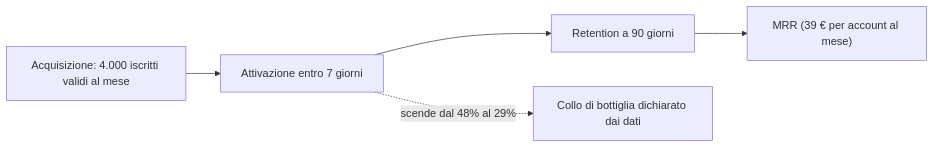
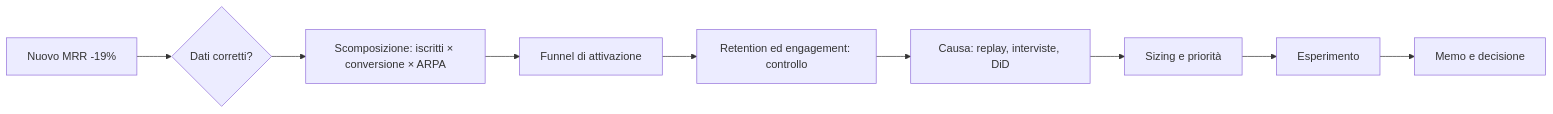
Before and after one commit to AndreyBertasini/gynnitech: the diagram in src/content/corso/analisi-prodotto/caso-studio.mdx, drawn with Mermaid. The commit also changed other lines of this file and 33 other files, not shown here.

````diff
--- a/src/content/corso/analisi-prodotto/caso-studio.mdx
+++ b/src/content/corso/analisi-prodotto/caso-studio.mdx
@@ -37,7 +49,11 @@
 ```mermaid
 flowchart LR
-    A["Acquisizione: 4.000 iscritti validi al mese"] --> B["Attivazione entro 7 giorni"]
-    B --> C["Retention a 90 giorni"]
-    C --> D["MRR (39 € per account al mese)"]
-    B -. "scende dal 48% al 29%" .-> X["Collo di bottiglia dichiarato dai dati"]
+    A["Nuovo MRR -19%"] --> B{"Dati corretti?"}
+    B --> C["Scomposizione: iscritti × conversione × ARPA"]
+    C --> D["Funnel di attivazione"]
+    D --> E["Retention ed engagement: controllo"]
+    E --> F["Causa: replay, interviste, DiD"]
+    F --> G["Sizing e priorità"]
+    G --> H["Esperimento"]
+    H --> I["Memo e decisione"]
 ```
````
